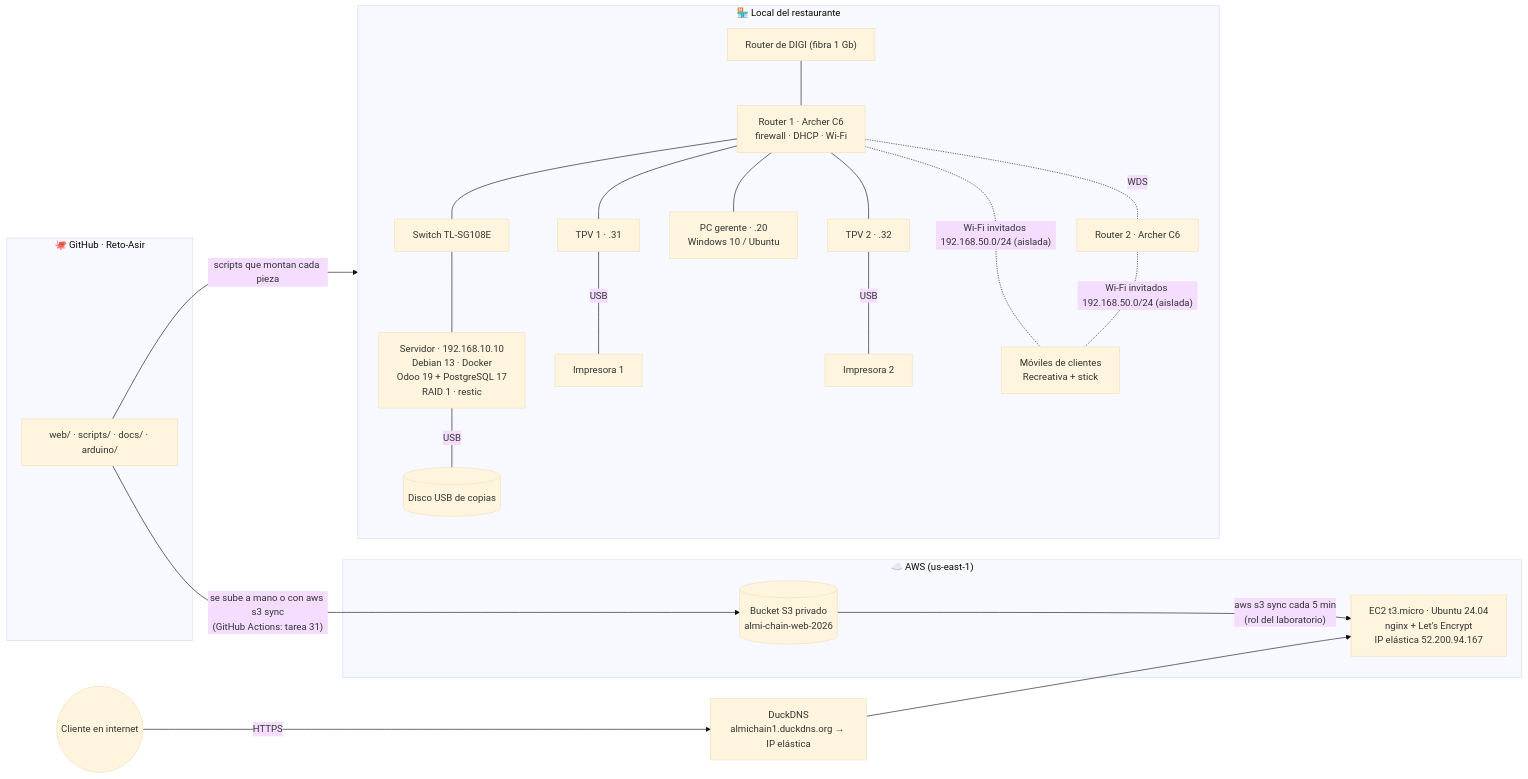
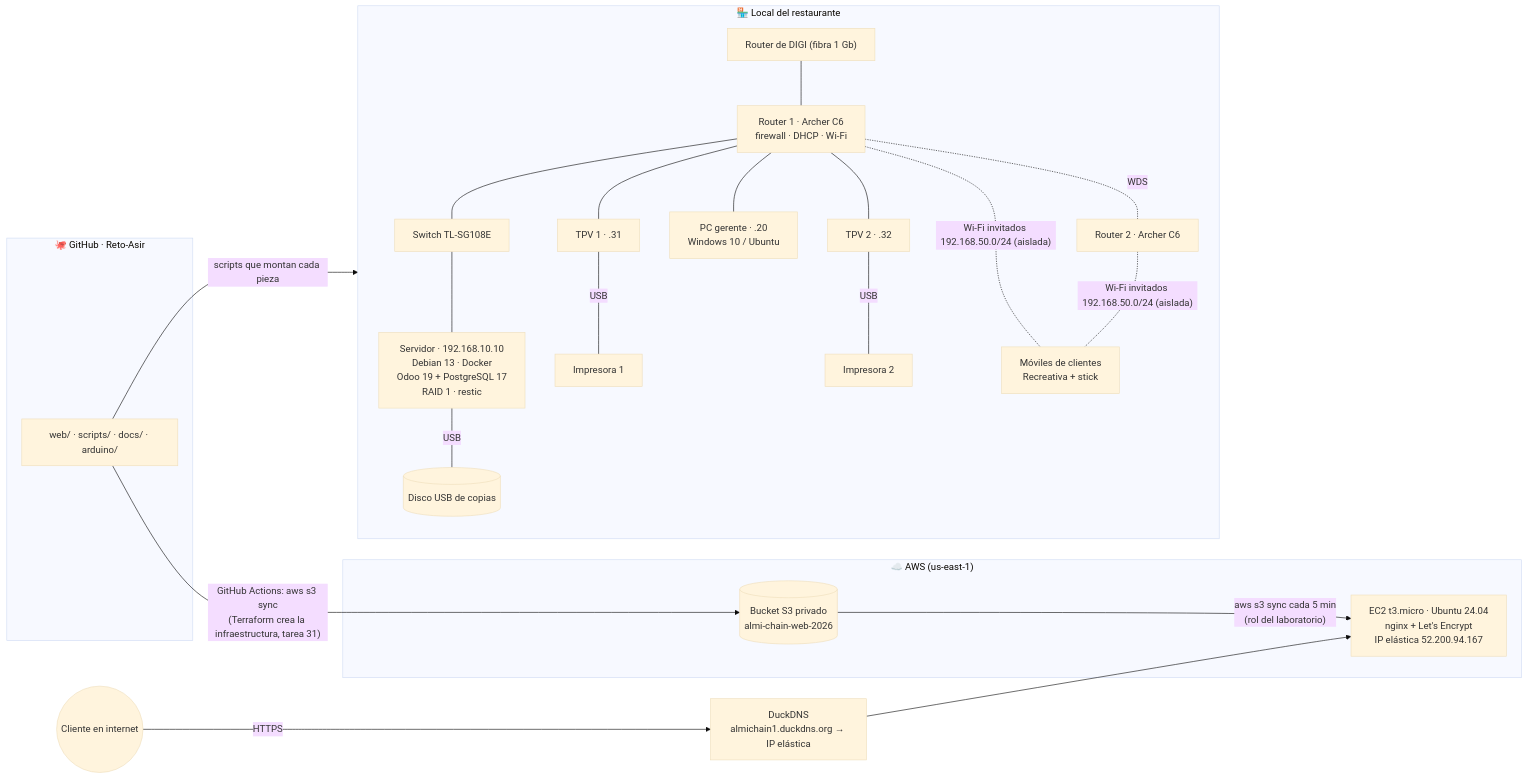
The first of 5 diagrams in LOGICA_RETO.md (zHGx-alt/Reto-Asir), drawn with Mermaid (base theme) before and after one commit. The commit also changed other lines of this file and 49 other files, not shown here.

````diff
--- a/LOGICA_RETO.md
+++ b/LOGICA_RETO.md
@@ -46,28 +46,28 @@
 ```mermaid
 flowchart LR
     subgraph NUBE["☁️ AWS (us-east-1)"]
         S3[("Bucket S3 privado<br/>almi-chain-web-2026")]
         EC2["EC2 t3.micro · Ubuntu 24.04<br/>nginx + Let's Encrypt<br/>IP elástica 52.200.94.167"]
         S3 -- "aws s3 sync cada 5 min<br/>(rol del laboratorio)" --> EC2
     end
     DNS["DuckDNS<br/>almichain1.duckdns.org → IP elástica"]
     CLIENTE_WEB(("Cliente en internet")) -- "HTTPS" --> DNS --> EC2
 
     subgraph LOCAL["🏪 Local del restaurante"]
         ONT["Router de DIGI (fibra 1 Gb)"] --- R1["Router 1 · Archer C6<br/>firewall · DHCP · Wi-Fi"]
         R1 -. "WDS" .- R2["Router 2 · Archer C6"]
         R1 --- SW["Switch TL-SG108E"] --- SRV["Servidor · 192.168.10.10<br/>Debian 13 · Docker<br/>Odoo 19 + PostgreSQL 17<br/>RAID 1 · restic"]
         R1 --- GER["PC gerente · .20<br/>Windows 10 / Ubuntu"]
         R1 --- TPV1["TPV 1 · .31"] & TPV2["TPV 2 · .32"]
         TPV1 -- USB --- IMP1["Impresora 1"]
         TPV2 -- USB --- IMP2["Impresora 2"]
         R1 & R2 -. "Wi-Fi invitados 192.168.50.0/24 (aislada)" .- INV["Móviles de clientes<br/>Recreativa + stick"]
         SRV -- USB --- USBK[("Disco USB de copias")]
     end
 
     subgraph REPO["🐙 GitHub · Reto-Asir"]
         CODE["web/ · scripts/ · docs/ · arduino/"]
     end
-    CODE -- "se sube a mano o con aws s3 sync<br/>(GitHub Actions: tarea 31)" --> S3
+    CODE -- "GitHub Actions: aws s3 sync<br/>(Terraform crea la infraestructura, tarea 31)" --> S3
     CODE -- "scripts que montan cada pieza" --> LOCAL
 ```
````
